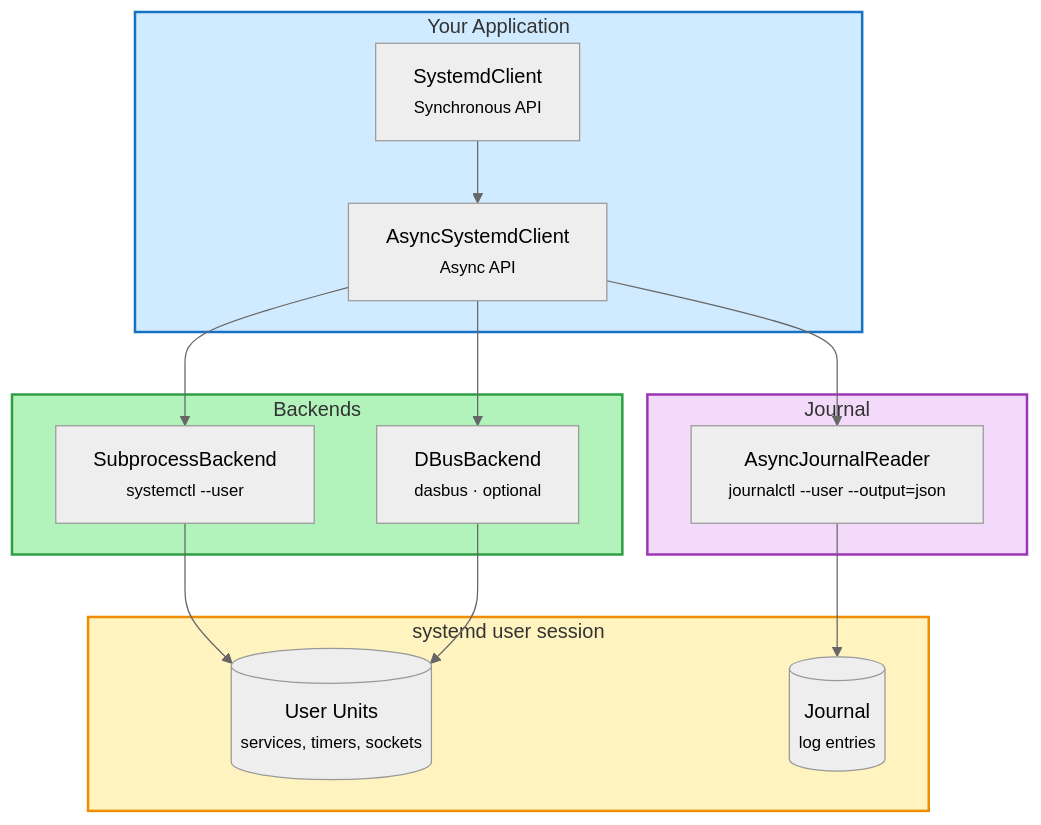
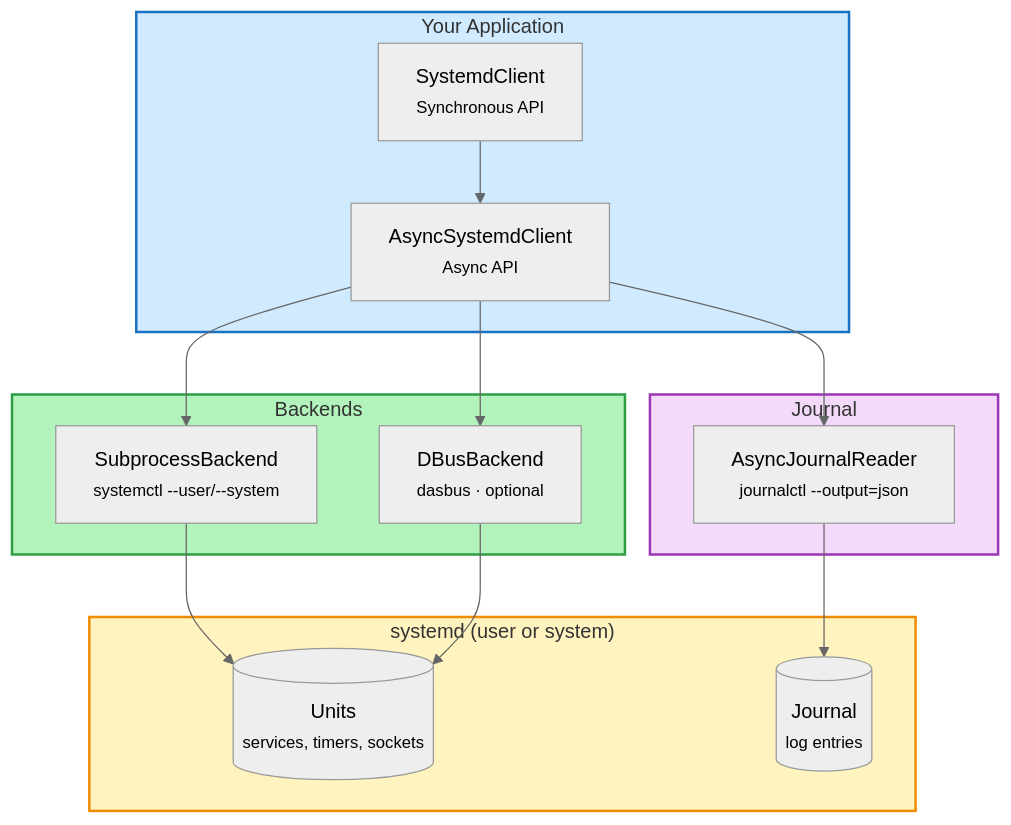
Before and after one commit to kalexnolasco/systemd-client: the diagram in docs/index.md, drawn with Mermaid (neutral theme). The commit also changed other lines of this file and 30 other files, not shown here.

````diff
--- a/docs/index.md
+++ b/docs/index.md
@@ -190,34 +193,34 @@
 ```mermaid
 graph TD
     subgraph APP["Your Application"]
         SYNC["SystemdClient<br/><small>Synchronous API</small>"]
         ASYNC["AsyncSystemdClient<br/><small>Async API</small>"]
     end
 
     subgraph BACKENDS["Backends"]
-        SUB["SubprocessBackend<br/><small>systemctl --user</small>"]
+        SUB["SubprocessBackend<br/><small>systemctl --user/--system</small>"]
         DBUS["DBusBackend<br/><small>dasbus · optional</small>"]
     end
 
     subgraph JOURNAL["Journal"]
-        JR["AsyncJournalReader<br/><small>journalctl --user --output=json</small>"]
+        JR["AsyncJournalReader<br/><small>journalctl --output=json</small>"]
     end
 
-    subgraph SYSTEMD["systemd user session"]
-        UNITS[("User Units<br/><small>services, timers, sockets</small>")]
+    subgraph SYSTEMD["systemd (user or system)"]
+        UNITS[("Units<br/><small>services, timers, sockets</small>")]
         JRNL[("Journal<br/><small>log entries</small>")]
     end
 
     SYNC --> ASYNC
     ASYNC --> SUB
     ASYNC --> DBUS
     ASYNC --> JR
     SUB --> UNITS
     DBUS --> UNITS
     JR --> JRNL
 
     style APP fill:#d0ebff,stroke:#1971c2,stroke-width:2px
     style BACKENDS fill:#b2f2bb,stroke:#2f9e44,stroke-width:2px
     style JOURNAL fill:#f3d9fa,stroke:#9c36b5,stroke-width:2px
     style SYSTEMD fill:#fff3bf,stroke:#f08c00,stroke-width:2px
 ```
````
